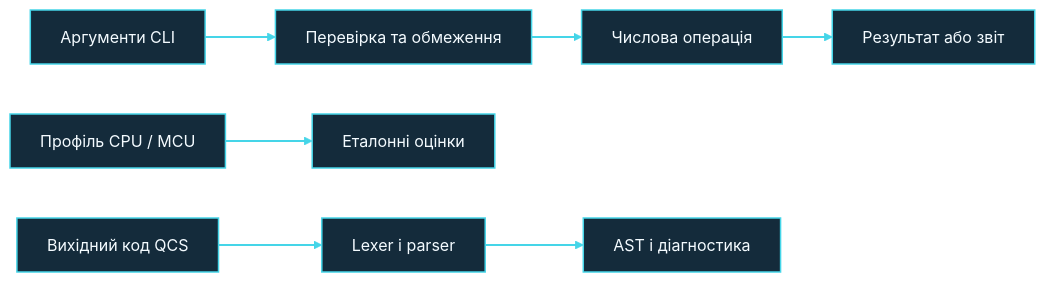
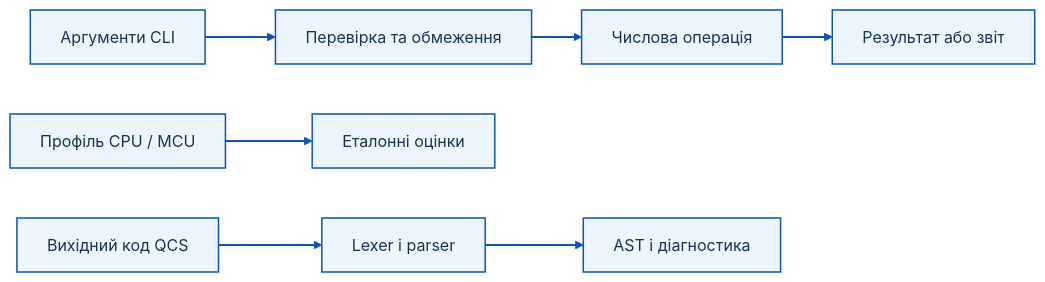
The second of 2 diagrams in README.uk.md (Ivan-VHS/Pytyliki), drawn with Mermaid before and after one commit. The commit also changed other lines of this file, not shown here.

Commit message:
docs: match diagram colors to Pytyliki UI

````diff
--- a/README.uk.md
+++ b/README.uk.md
@@ -44,12 +44,12 @@
 ```mermaid
 flowchart LR
     A[Аргументи CLI] --> B[Перевірка та обмеження]
     B --> C[Числова операція]
     C --> D[Результат або звіт]
     E[Профіль CPU / MCU] --> F[Еталонні оцінки]
     G[Вихідний код QCS] --> H[Lexer і parser]
     H --> I[AST і діагностика]
-  classDef readmeNode fill:#142B3B,stroke:#45D5E8,color:#F4FBFF,stroke-width:1.5px;
+  classDef readmeNode fill:#EDF5FF,stroke:#0B55B7,color:#173456,stroke-width:1.5px;
   class A,B,C,D,E,F,G,H,I readmeNode;
-  linkStyle default stroke:#45D5E8,stroke-width:1.8px;
+  linkStyle default stroke:#0B55B7,stroke-width:1.8px;
 ```
````
